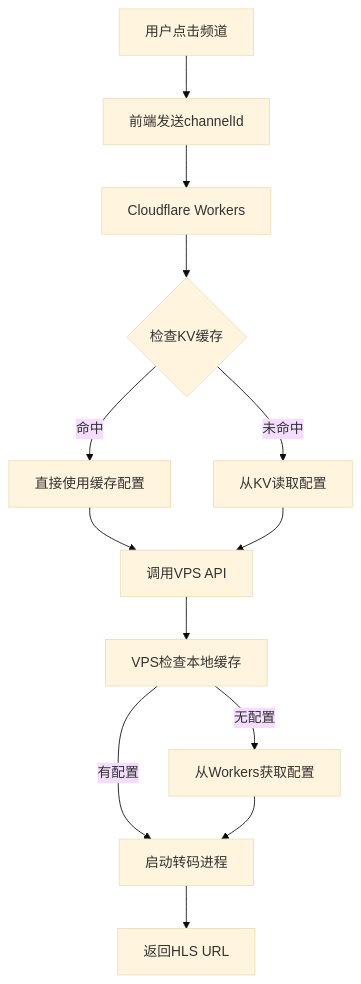
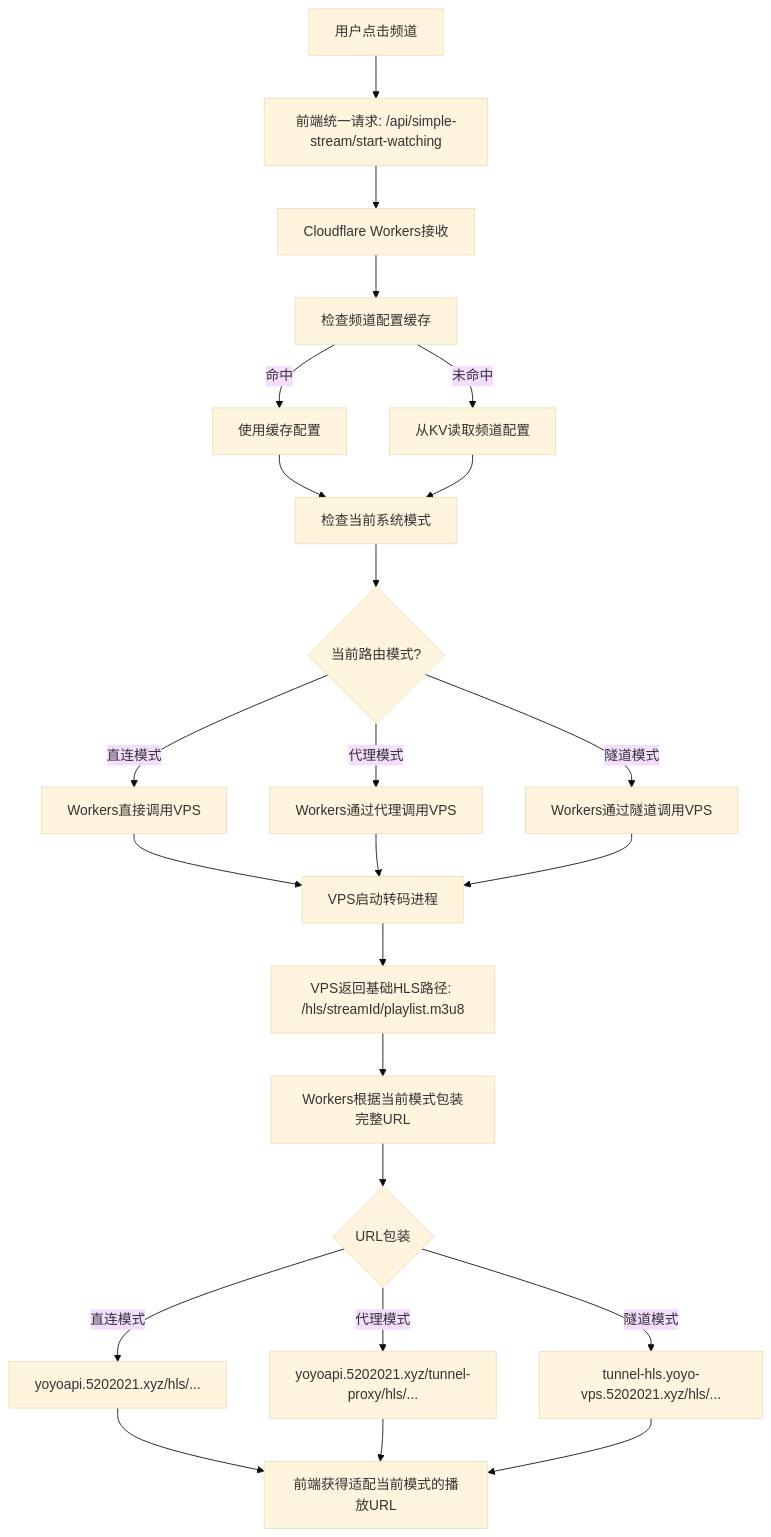
Before and after one commit to shao-ye/secure-streaming-platform: the third of 6 diagrams in vps-transcoder-api/doc/YOYO_PLATFORM_ARCHITECTURE.md, drawn with Mermaid (base theme). The commit also changed other lines of this file and 1 other file, not shown here.

Commit message:
feat: 实现智能路由架构和URL包装机制
🚀 核心功能：
- 新增智能路由系统：根据当前模式自动选择最佳路由
- 实现URL包装机制：动态生成适配当前模式的HLS地址
- 统一请求接口：前端无需关心当前路由模式

🔧 技术实现：
- callVPSWithIntelligentRouting: 智能路由调用函数
- callVPSDirectly/ThroughProxy/ThroughTunnel: 分模式调用
- wrapHlsUrlForCurrentMode: URL包装函数
- 故障自动降级：主路由失败时切换到直连模式

📋 架构优化：
- 更新架构文档：添加智能路由流程图
- 前端统一请求：/api/simple-stream/start-watching
- 后台智能路由：自动选择direct/proxy/tunnel模式
- 动态URL包装：返回对应模式的完整HLS地址

🎯 预期效果：
- 解决代理模式超时问题
- 实现模式热切换
- 提升系统稳定性和可维护性

````diff
--- a/vps-transcoder-api/doc/YOYO_PLATFORM_ARCHITECTURE.md
+++ b/vps-transcoder-api/doc/YOYO_PLATFORM_ARCHITECTURE.md
@@ -293,15 +293,31 @@
 ```mermaid
 graph TD
-    A[用户点击频道] --> B[前端发送channelId]
-    B --> C[Cloudflare Workers]
-    C --> D{检查KV缓存}
-    D -->|命中| E[直接使用缓存配置]
-    D -->|未命中| F[从KV读取配置]
-    E --> G[调用VPS API]
+    A[用户点击频道] --> B[前端统一请求: /api/simple-stream/start-watching]
+    B --> C[Cloudflare Workers接收]
+    C --> D[检查频道配置缓存]
+    D -->|命中| E[使用缓存配置]
+    D -->|未命中| F[从KV读取频道配置]
+    E --> G[检查当前系统模式]
     F --> G
-    G --> H[VPS检查本地缓存]
-    H -->|有配置| I[启动转码进程]
-    H -->|无配置| J[从Workers获取配置]
-    J --> I
-    I --> K[返回HLS URL]
+    
+    G --> H{当前路由模式?}
+    H -->|直连模式| I[Workers直接调用VPS]
+    H -->|代理模式| J[Workers通过代理调用VPS]
+    H -->|隧道模式| K[Workers通过隧道调用VPS]
+    
+    I --> L[VPS启动转码进程]
+    J --> L
+    K --> L
+    
+    L --> M[VPS返回基础HLS路径: /hls/streamId/playlist.m3u8]
+    M --> N[Workers根据当前模式包装完整URL]
+    
+    N --> O{URL包装}
+    O -->|直连模式| P[yoyoapi.5202021.xyz/hls/...]
+    O -->|代理模式| Q[yoyoapi.5202021.xyz/tunnel-proxy/hls/...]
+    O -->|隧道模式| R[tunnel-hls.yoyo-vps.5202021.xyz/hls/...]
+    
+    P --> S[前端获得适配当前模式的播放URL]
+    Q --> S
+    R --> S
 ```
````
